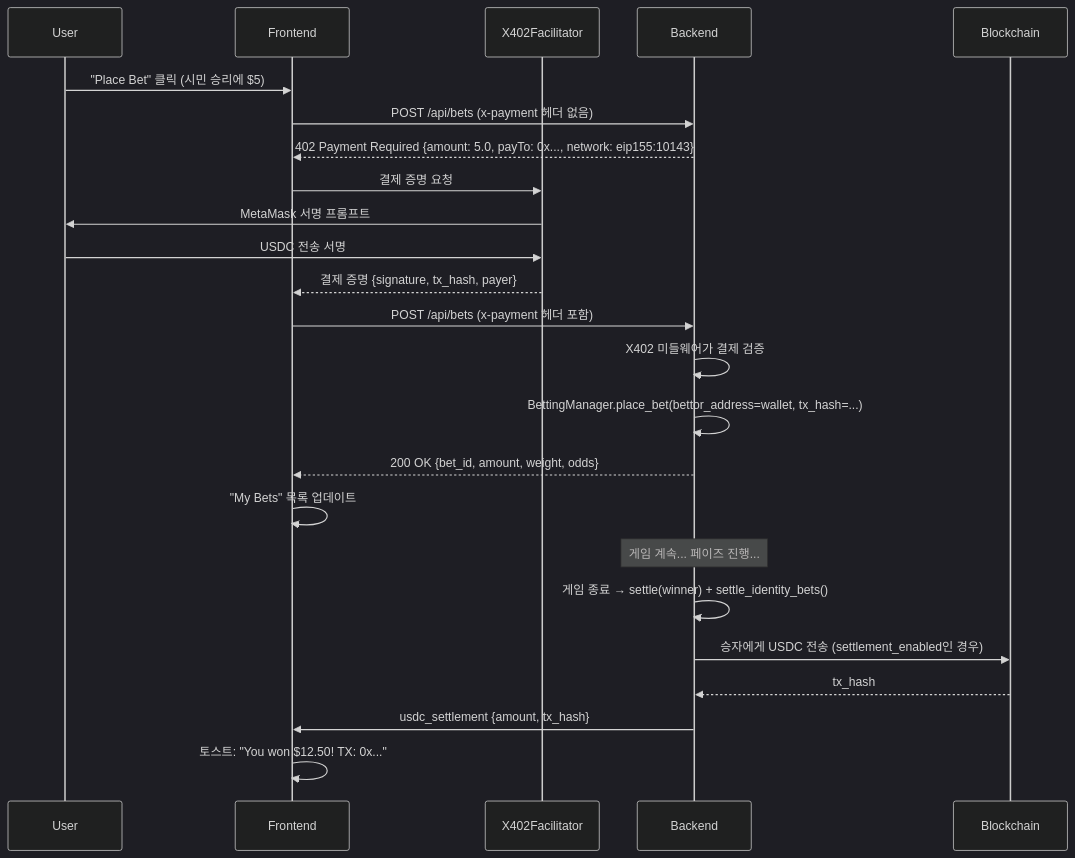
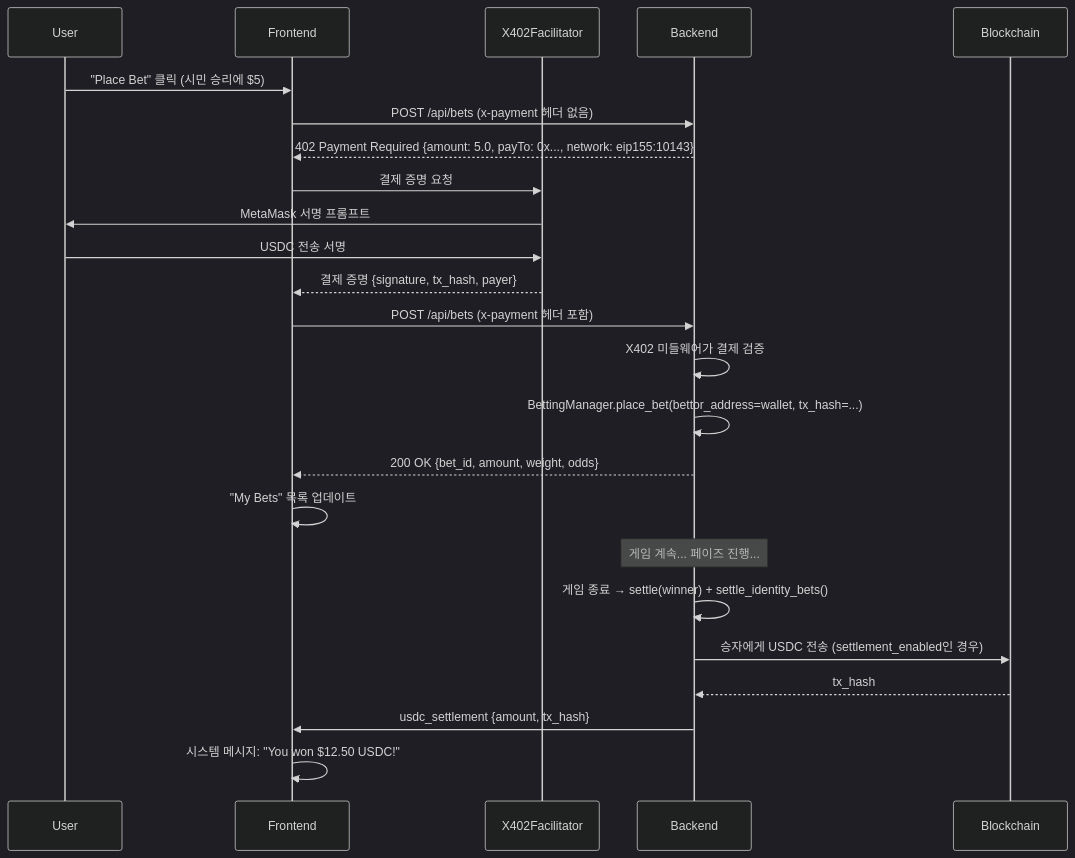
One commit to 0xarkstar/mafi-AI changed the fourth of 6 diagrams in docs/USERFLOW.ko.md. Above: the diagram before and after it, drawn with Mermaid (dark theme). The commit also changed other lines of this file and 3 other files, not shown here.

````diff
--- a/docs/USERFLOW.ko.md
+++ b/docs/USERFLOW.ko.md
@@ -375,32 +419,32 @@
 ```mermaid
 sequenceDiagram
     participant User
     participant Frontend
     participant X402Facilitator
     participant Backend
     participant Blockchain
 
     User->>Frontend: "Place Bet" 클릭 (시민 승리에 $5)
     Frontend->>Backend: POST /api/bets (x-payment 헤더 없음)
     Backend-->>Frontend: 402 Payment Required {amount: 5.0, payTo: 0x..., network: eip155:10143}
 
     Frontend->>X402Facilitator: 결제 증명 요청
     X402Facilitator->>User: MetaMask 서명 프롬프트
     User->>X402Facilitator: USDC 전송 서명
     X402Facilitator-->>Frontend: 결제 증명 {signature, tx_hash, payer}
 
     Frontend->>Backend: POST /api/bets (x-payment 헤더 포함)
     Backend->>Backend: X402 미들웨어가 결제 검증
     Backend->>Backend: BettingManager.place_bet(bettor_address=wallet, tx_hash=...)
     Backend-->>Frontend: 200 OK {bet_id, amount, weight, odds}
 
     Frontend->>Frontend: "My Bets" 목록 업데이트
 
     Note over Backend: 게임 계속... 페이즈 진행...
 
     Backend->>Backend: 게임 종료 → settle(winner) + settle_identity_bets()
     Backend->>Blockchain: 승자에게 USDC 전송 (settlement_enabled인 경우)
     Blockchain-->>Backend: tx_hash
     Backend->>Frontend: usdc_settlement {amount, tx_hash}
-    Frontend->>Frontend: 토스트: "You won $12.50! TX: 0x..."
+    Frontend->>Frontend: 시스템 메시지: "You won $12.50 USDC!"
 ```
````
